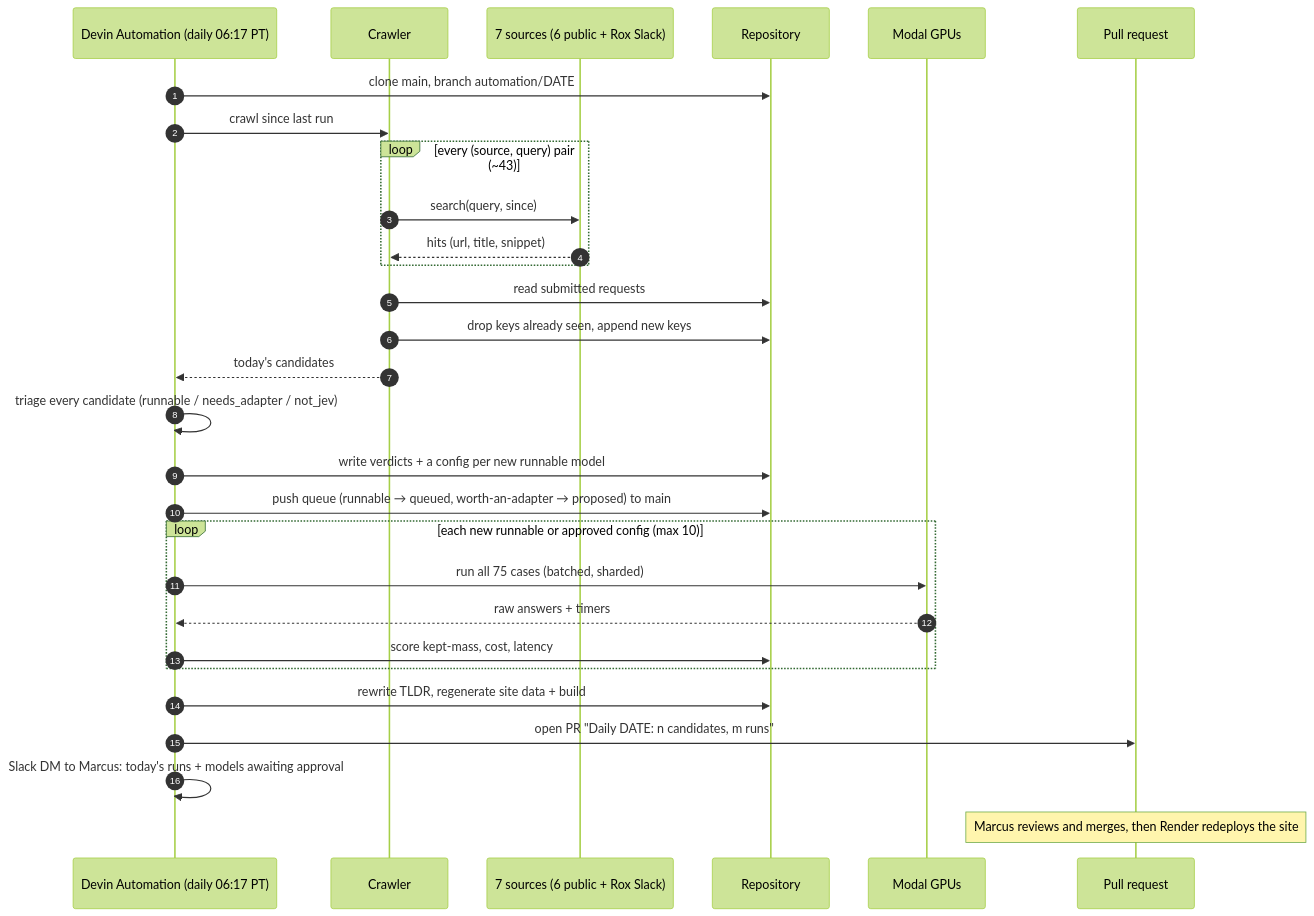
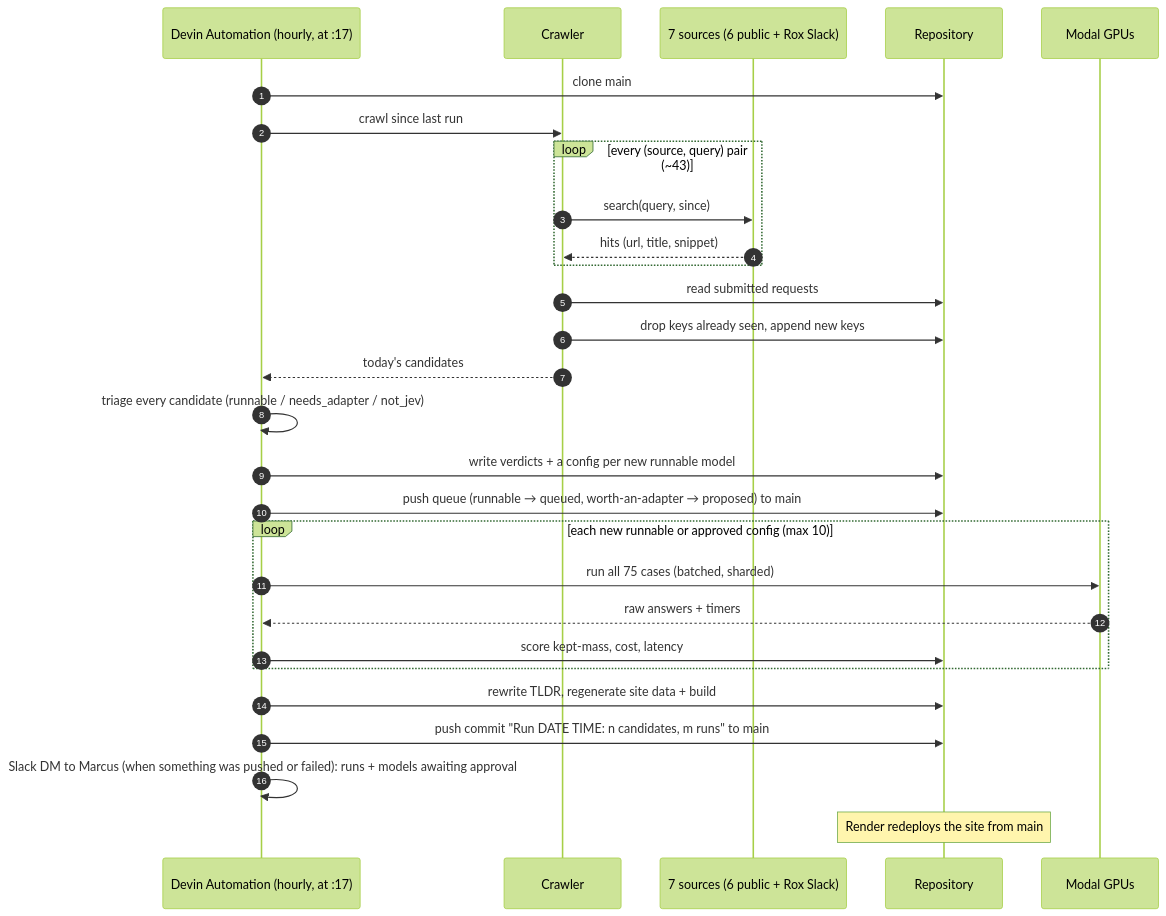
Before and after one commit to marcus-rox/jev-tracker: the second of 3 diagrams in README.md, drawn with Mermaid (forest theme). The commit also changed other lines of this file and 12 other files, not shown here.

Commit message:
Automation runs hourly and pushes straight to main; site countdown and docs follow

````diff
--- a/README.md
+++ b/README.md
@@ -78,31 +78,30 @@
 ```mermaid
 sequenceDiagram
   autonumber
-  participant A as Devin Automation (daily 06:17 PT)
+  participant A as Devin Automation (hourly, at :17)
   participant C as Crawler
   participant S as 7 sources (6 public + Rox Slack)
   participant R as Repository
   participant M as Modal GPUs
-  participant P as Pull request
-  A->>R: clone main, branch automation/DATE
+  A->>R: clone main
   A->>C: crawl since last run
   loop every (source, query) pair (~43)
     C->>S: search(query, since)
     S-->>C: hits (url, title, snippet)
   end
   C->>R: read submitted requests
   C->>R: drop keys already seen, append new keys
   C-->>A: today's candidates
   A->>A: triage every candidate (runnable / needs_adapter / not_jev)
   A->>R: write verdicts + a config per new runnable model
   A->>R: push queue (runnable → queued, worth-an-adapter → proposed) to main
   loop each new runnable or approved config (max 10)
     A->>M: run all 75 cases (batched, sharded)
     M-->>A: raw answers + timers
     A->>R: score kept-mass, cost, latency
   end
   A->>R: rewrite TLDR, regenerate site data + build
-  A->>P: open PR "Daily DATE: n candidates, m runs"
-  A->>A: Slack DM to Marcus: today's runs + models awaiting approval
-  Note over P: Marcus reviews and merges, then Render redeploys the site
+  A->>R: push commit "Run DATE TIME: n candidates, m runs" to main
+  A->>A: Slack DM to Marcus (when something was pushed or failed): runs + models awaiting approval
+  Note over R: Render redeploys the site from main
 ```
````
